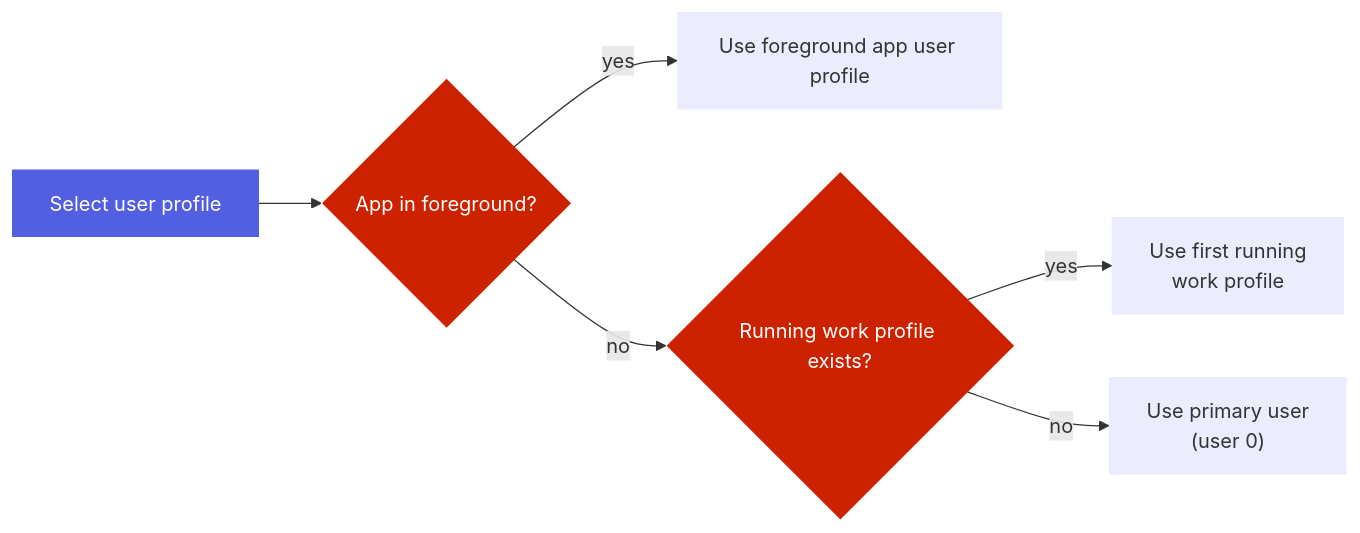
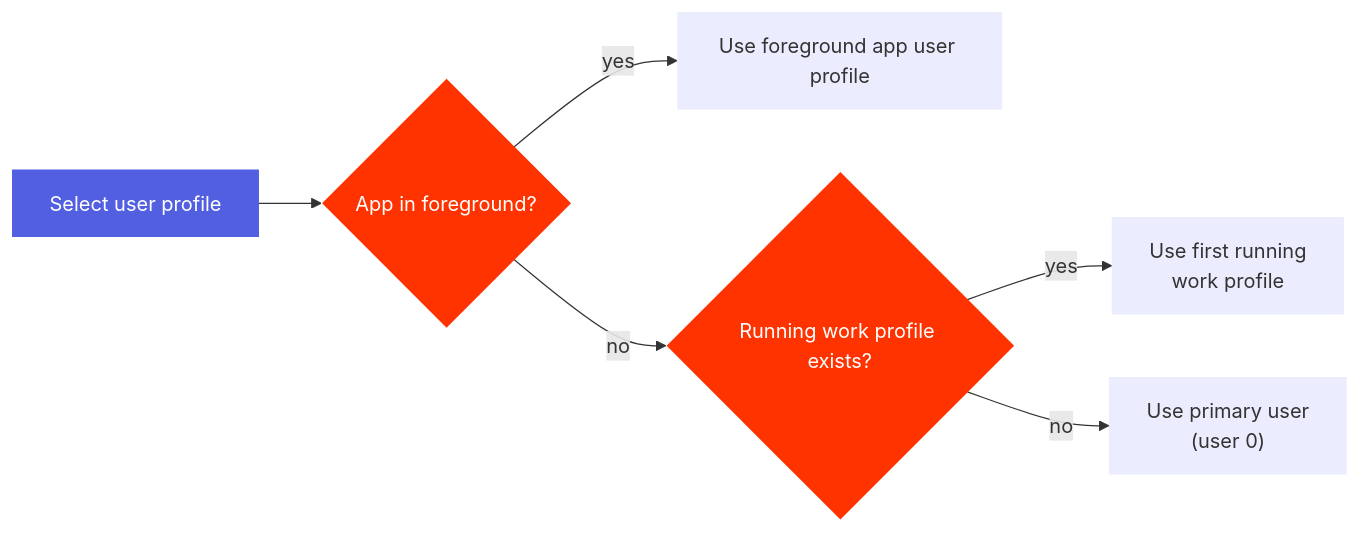
Before and after one commit to kaeawc/auto-mobile: the diagram in docs/design-docs/plat/android/work-profiles.md, drawn with Mermaid. The commit also changed other lines of this file and 59 other files, not shown here.

````diff
--- a/docs/design-docs/plat/android/work-profiles.md
+++ b/docs/design-docs/plat/android/work-profiles.md
@@ -19,14 +23,14 @@
   ```mermaid
   flowchart LR
       A["Select user profile"] --> B{"App in foreground?"};
       B -->|"yes"| C["Use foreground app user profile"];
       B -->|"no"| D{"Running work profile exists?"};
       D -->|"yes"| E["Use first running<br/>work profile"];
       D -->|"no"| F["Use primary user<br/>(user 0)"];
-      classDef decision fill:#CC2200,stroke-width:0px,color:white;
+      classDef decision fill:#FF3300,stroke-width:0px,color:white;
       classDef logic fill:#525FE1,stroke-width:0px,color:white;
       classDef result stroke-width:0px;
       class A logic;
       class B,D decision;
       class C,E,F result;
   ```
````
